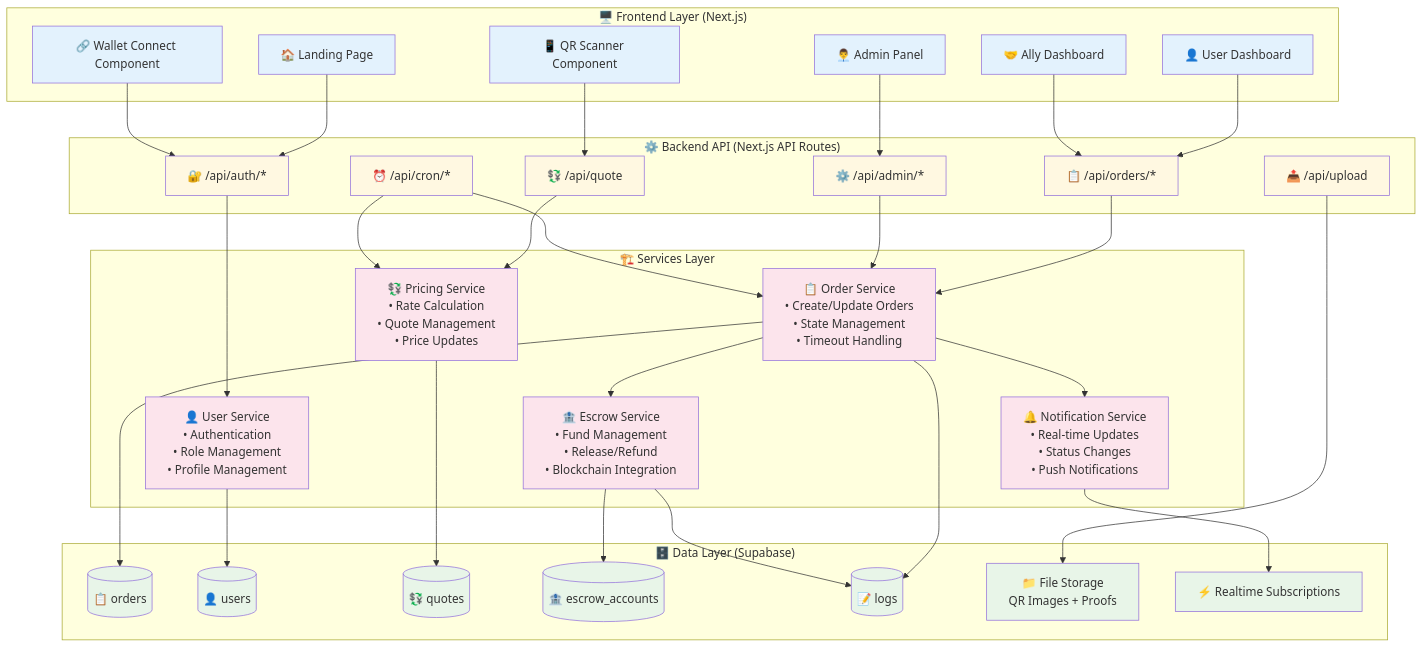
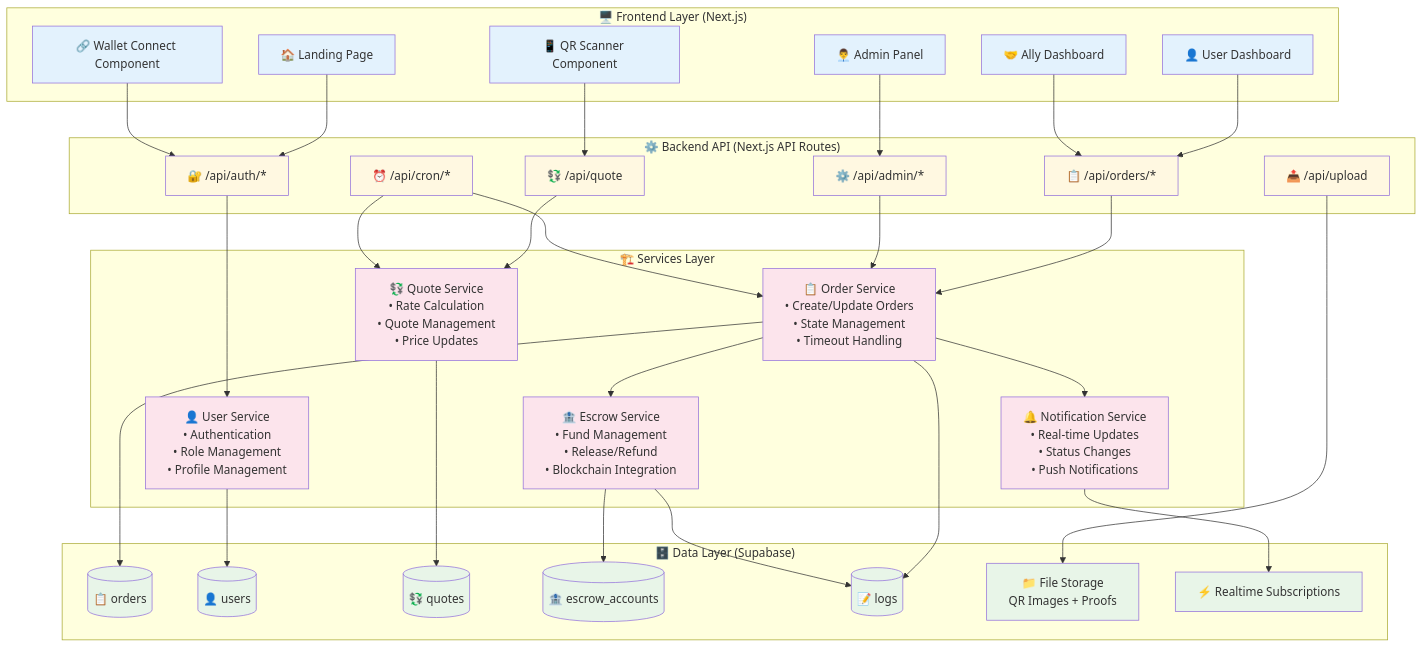
The second of 5 diagrams in 01-arquitectura-sistema.md (kibo-project/Kibo-Wiki), drawn with Mermaid before and after one commit. The commit also changed other lines of this file and 6 other files, not shown here.

````diff
--- a/01-arquitectura-sistema.md
+++ b/01-arquitectura-sistema.md
@@ -83,78 +83,78 @@
 ```mermaid
 graph TB
     subgraph "🖥️ Frontend Layer (Next.js)"
         HOME[🏠 Landing Page]
         USER_DASH[👤 User Dashboard]
         ALLY_DASH[🤝 Ally Dashboard]
         ADMIN_DASH[👨‍💼 Admin Panel]
         QR_COMP[📱 QR Scanner Component]
         WALLET_COMP[🔗 Wallet Connect Component]
     end
 
     subgraph "⚙️ Backend API (Next.js API Routes)"
         AUTH_API[🔐 /api/auth/*]
         ORDER_API[📋 /api/orders/*]
         QUOTE_API[💱 /api/quote]
         ADMIN_API[⚙️ /api/admin/*]
         UPLOAD_API[📤 /api/upload]
         CRON_API[⏰ /api/cron/*]
     end
 
     subgraph "🏗️ Services Layer"
         ORDER_SVC[📋 Order Service<br/>• Create/Update Orders<br/>• State Management<br/>• Timeout Handling]
-        PRICING_SVC[💱 Pricing Service<br/>• Rate Calculation<br/>• Quote Management<br/>• Price Updates]
+        QUOTE_SVC[💱 Quote Service<br/>• Rate Calculation<br/>• Quote Management<br/>• Price Updates]
         ESCROW_SVC[🏦 Escrow Service<br/>• Fund Management<br/>• Release/Refund<br/>• Blockchain Integration]
         USER_SVC[👤 User Service<br/>• Authentication<br/>• Role Management<br/>• Profile Management]
         NOTIFY_SVC[🔔 Notification Service<br/>• Real-time Updates<br/>• Status Changes<br/>• Push Notifications]
     end
 
     subgraph "🗄️ Data Layer (Supabase)"
         ORDERS_DB[(📋 orders)]
         USERS_DB[(👤 users)]
         QUOTES_DB[(💱 quotes)]
         ESCROW_DB[(🏦 escrow_accounts)]
         LOGS_DB[(📝 logs)]
         FILES_STORAGE[📁 File Storage<br/>QR Images + Proofs]
         REALTIME_DB[⚡ Realtime Subscriptions]
     end
 
     %% Frontend → API Connections
     HOME --> AUTH_API
     USER_DASH --> ORDER_API
     ALLY_DASH --> ORDER_API
     ADMIN_DASH --> ADMIN_API
     QR_COMP --> QUOTE_API
     WALLET_COMP --> AUTH_API
     
     %% API → Services Connections
     AUTH_API --> USER_SVC
     ORDER_API --> ORDER_SVC
-    QUOTE_API --> PRICING_SVC
+    QUOTE_API --> QUOTE_SVC
     ADMIN_API --> ORDER_SVC
     UPLOAD_API --> FILES_STORAGE
     CRON_API --> ORDER_SVC
-    CRON_API --> PRICING_SVC
+    CRON_API --> QUOTE_SVC
     
     %% Services → Data Connections
     ORDER_SVC --> ORDERS_DB
     ORDER_SVC --> ESCROW_SVC
     ORDER_SVC --> NOTIFY_SVC
-    PRICING_SVC --> QUOTES_DB
+    QUOTE_SVC --> QUOTES_DB
     USER_SVC --> USERS_DB
     ESCROW_SVC --> ESCROW_DB
     NOTIFY_SVC --> REALTIME_DB
     
     ORDER_SVC --> LOGS_DB
     ESCROW_SVC --> LOGS_DB
     
     %% Styles
     classDef frontend fill:#e3f2fd
     classDef api fill:#fff8e1
     classDef services fill:#fce4ec
     classDef data fill:#e8f5e8
     
     class HOME,USER_DASH,ALLY_DASH,ADMIN_DASH,QR_COMP,WALLET_COMP frontend
     class AUTH_API,ORDER_API,QUOTE_API,ADMIN_API,UPLOAD_API,CRON_API api
-    class ORDER_SVC,PRICING_SVC,ESCROW_SVC,USER_SVC,NOTIFY_SVC services
+    class ORDER_SVC,QUOTE_SVC,ESCROW_SVC,USER_SVC,NOTIFY_SVC services
     class ORDERS_DB,USERS_DB,QUOTES_DB,ESCROW_DB,LOGS_DB,FILES_STORAGE,REALTIME_DB data
 ```
````
